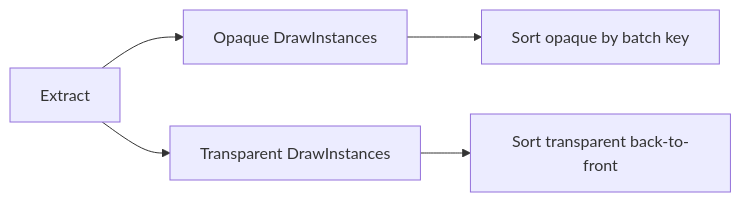
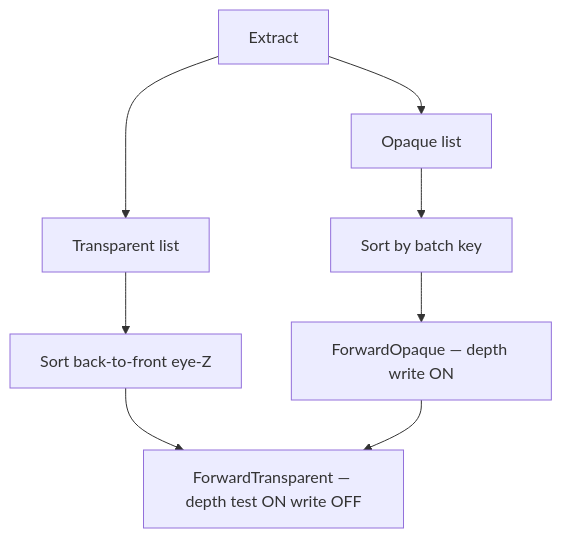
Before and after one commit to PluseggWill/SiriusEngine_VulkanReboot: the eighth of 13 diagrams in Docs/EngineArchitecture.md, drawn with Mermaid. The commit also changed other lines of this file and 22 other files, not shown here.

First line of the commit message:
[Docs][Cursor] Streamline roadmap, architecture, and agent workflow rules.

````diff
--- a/Docs/EngineArchitecture.md
+++ b/Docs/EngineArchitecture.md
@@ -430,12 +215,11 @@
 ```mermaid
-flowchart LR
-  TASK_EXTRACT[Extract]
-  TASK_OPAQUE[Opaque DrawInstances]
-  TASK_TRANSPARENT[Transparent DrawInstances]
-  TASK_SORT_OPAQUE[Sort opaque by batch key]
-  TASK_SORT_TRANSPARENT[Sort transparent back-to-front]
-  TASK_EXTRACT --> TASK_OPAQUE
-  TASK_EXTRACT --> TASK_TRANSPARENT
-  TASK_OPAQUE --> TASK_SORT_OPAQUE
-  TASK_TRANSPARENT --> TASK_SORT_TRANSPARENT
+flowchart TB
+  EX[Extract]
+  EX --> OPQ[Opaque list]
+  EX --> TR[Transparent list]
+  OPQ --> SK[Sort by batch key]
+  TR --> BF[Sort back-to-front eye-Z]
+  SK --> RO[ForwardOpaque — depth write ON]
+  BF --> RT[ForwardTransparent — depth test ON write OFF]
+  RO --> RT
 ```
````
